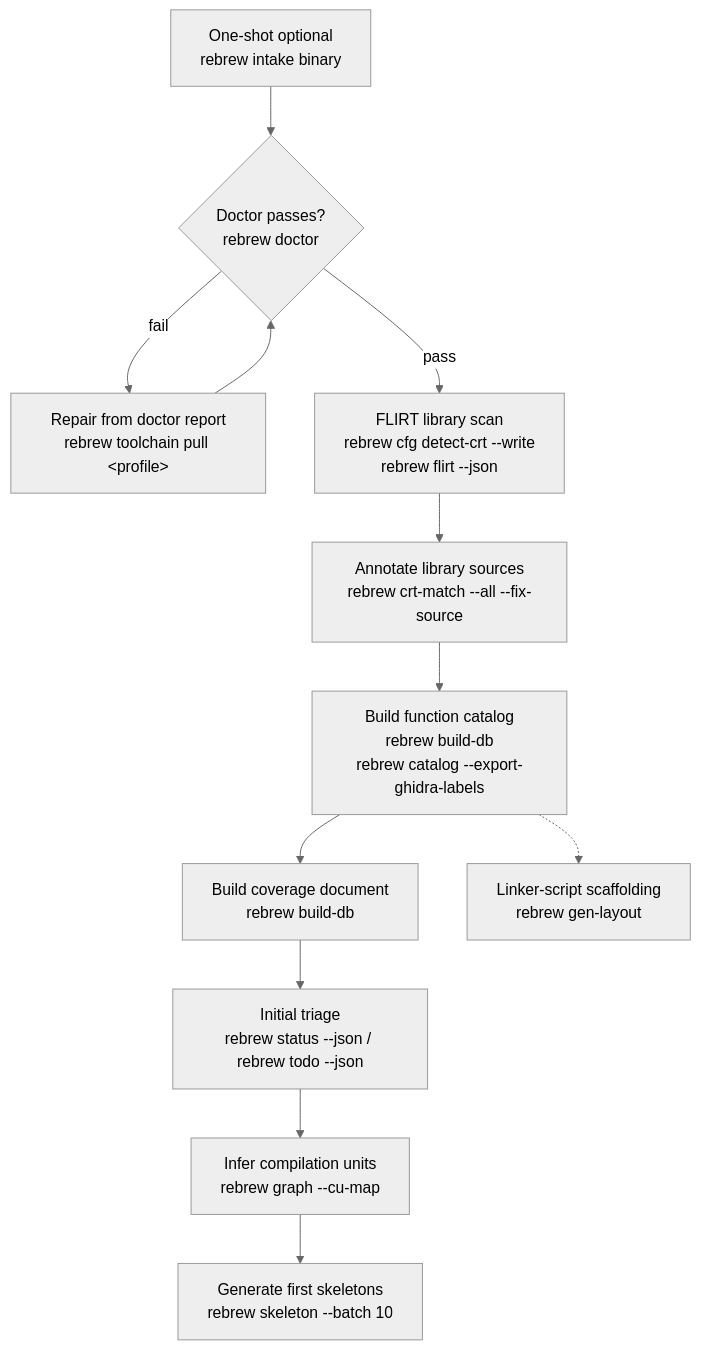
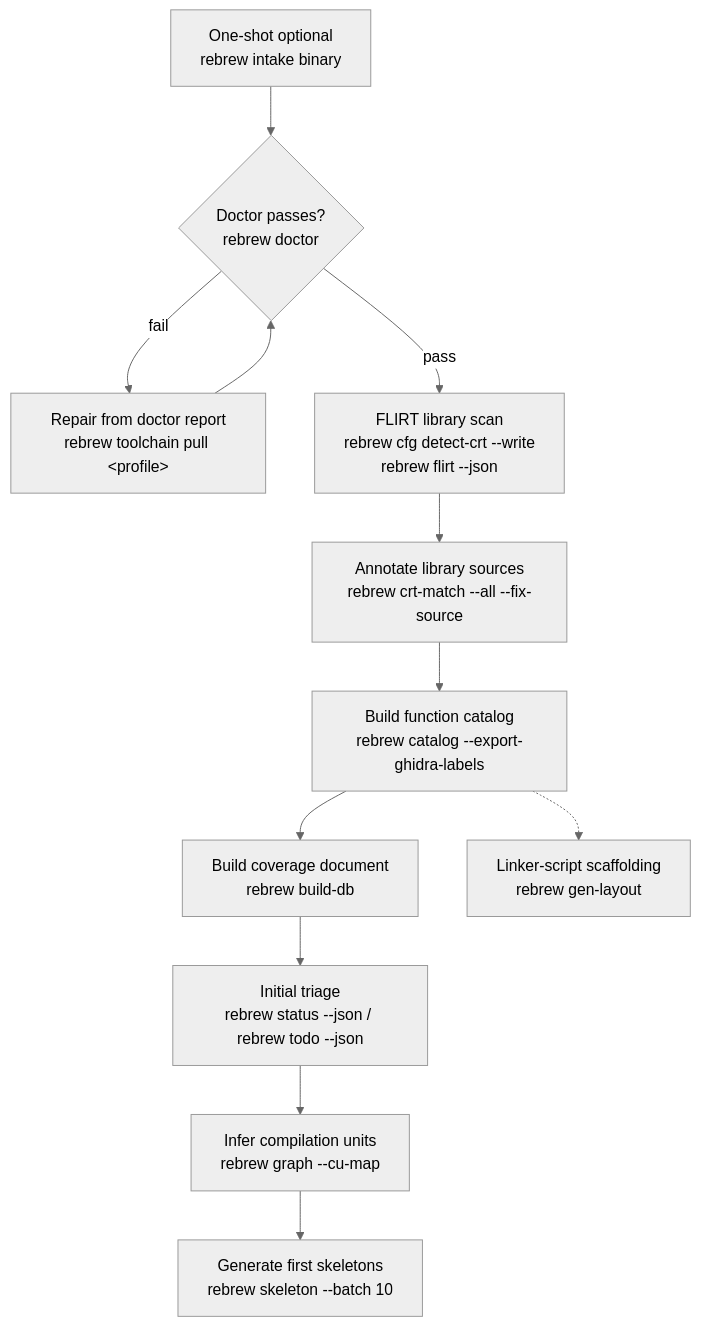
The diagram in .agents/skills/rebrew-intake/SKILL.md (maci0/rebrew), drawn with Mermaid (neutral theme) before and after one commit. The commit also changed 11 other files, not shown here.

````diff
--- a/.agents/skills/rebrew-intake/SKILL.md
+++ b/.agents/skills/rebrew-intake/SKILL.md
@@ -17,14 +17,14 @@
 ```mermaid
 graph TD
     OneShot[One-shot optional<br/>rebrew intake binary] --> Doctor
     Doctor{Doctor passes?<br/>rebrew doctor} -->|fail| Fix[Repair from doctor report<br/>rebrew toolchain pull &lt;profile&gt;]
     Fix --> Doctor
     Doctor -->|pass| Flirt[FLIRT library scan<br/>rebrew cfg detect-crt --write<br/>rebrew flirt --json]
     Flirt --> CrtMatch[Annotate library sources<br/>rebrew crt-match --all --fix-source]
-    CrtMatch --> Catalog[Build function catalog<br/>rebrew build-db<br/>rebrew catalog --export-ghidra-labels]
+    CrtMatch --> Catalog[Build function catalog<br/>rebrew catalog --export-ghidra-labels]
     Catalog --> BuildDb[Build coverage document<br/>rebrew build-db]
     BuildDb --> Triage[Initial triage<br/>rebrew status --json / rebrew todo --json]
     Triage --> CuMap[Infer compilation units<br/>rebrew graph --cu-map]
     CuMap --> Skeleton[Generate first skeletons<br/>rebrew skeleton --batch 10]
     Catalog -.-> Layout[Linker-script scaffolding<br/>rebrew gen-layout]
 ```
````
